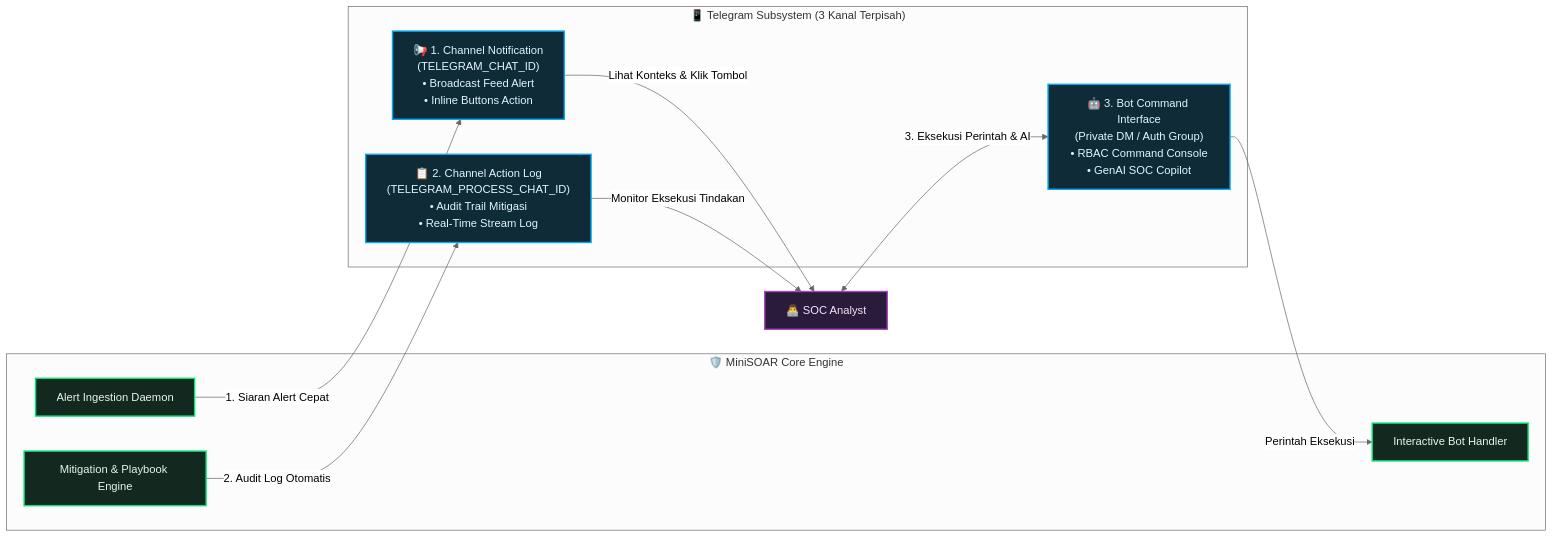
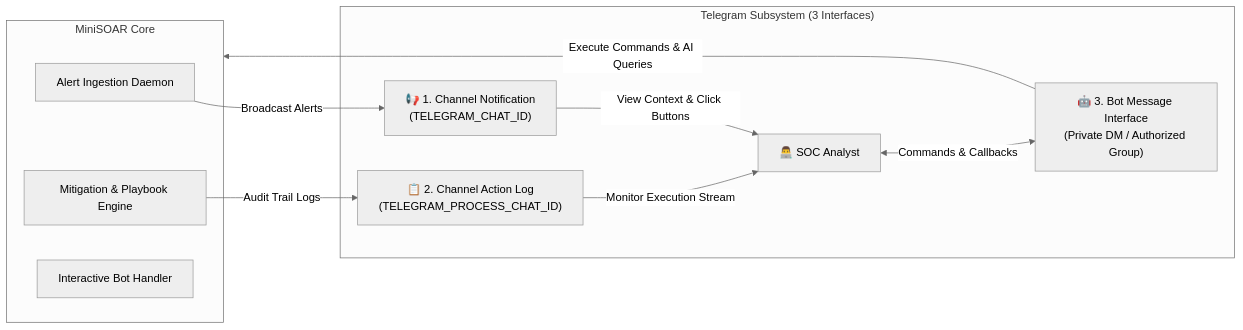
Before and after one commit to one-b1t/Mini-SOAR: the first of 2 diagrams in docs/architecture.md, drawn with Mermaid (neutral theme). The commit also changed other lines of this file, not shown here.

Commit message:
docs: simplify Mermaid diagrams in architecture documentation for improved readability

````diff
--- a/docs/architecture.md
+++ b/docs/architecture.md
@@ -133,27 +28,18 @@
 ```mermaid
 flowchart LR
-    classDef coreEngine fill:#13281e,stroke:#00e676,stroke-width:2px,color:#e8f5e9;
-    classDef tgChannel fill:#0f2b38,stroke:#03a9f4,stroke-width:2px,color:#e1f5fe;
-    classDef socActor fill:#2a1b3d,stroke:#ab47bc,stroke-width:2px,color:#f3e5f5;
-
-    subgraph SYSTEM_ALERTS["🛡️ MiniSOAR Core Engine"]
-        D1["Alert Ingestion Daemon"]:::coreEngine
-        M1["Mitigation & Playbook Engine"]:::coreEngine
-        B1["Interactive Bot Handler"]:::coreEngine
+    subgraph SYSTEM_ALERTS["MiniSOAR Core"]
+        D1[Alert Ingestion Daemon]
+        M1[Mitigation & Playbook Engine]
+        B1[Interactive Bot Handler]
     end
 
-    subgraph TELEGRAM_CHANNELS["📱 Telegram Subsystem (3 Kanal Terpisah)"]
-        IF1["📢 1. Channel Notification\n(TELEGRAM_CHAT_ID)\n• Broadcast Feed Alert\n• Inline Buttons Action"]:::tgChannel
-        IF2["📋 2. Channel Action Log\n(TELEGRAM_PROCESS_CHAT_ID)\n• Audit Trail Mitigasi\n• Real-Time Stream Log"]:::tgChannel
-        IF3["🤖 3. Bot Command Interface\n(Private DM / Auth Group)\n• RBAC Command Console\n• GenAI SOC Copilot"]:::tgChannel
+    subgraph TELEGRAM_CHANNELS["Telegram Subsystem (3 Interfaces)"]
+        D1 -->|Broadcast Alerts| IF1["📢 1. Channel Notification\n(TELEGRAM_CHAT_ID)"]
+        M1 -->|Audit Trail Logs| IF2["📋 2. Channel Action Log\n(TELEGRAM_PROCESS_CHAT_ID)"]
+        ANALYST[👨‍💻 SOC Analyst] <-->|Commands & Callbacks| IF3["🤖 3. Bot Message Interface\n(Private DM / Authorized Group)"]
     end
 
-    ANALYST["👨‍💻 SOC Analyst"]:::socActor
-
-    D1 -->|1. Siaran Alert Cepat| IF1
-    M1 -->|2. Audit Log Otomatis| IF2
-    IF1 -->|Lihat Konteks & Klik Tombol| ANALYST
-    IF2 -->|Monitor Eksekusi Tindakan| ANALYST
-    ANALYST <-->|3. Eksekusi Perintah & AI| IF3
-    IF3 -->|Perintah Eksekusi| B1
+    IF1 -->|View Context & Click Buttons| ANALYST
+    IF2 -->|Monitor Execution Stream| ANALYST
+    IF3 -->|Execute Commands & AI Queries| SYSTEM_ALERTS
 ```
````
